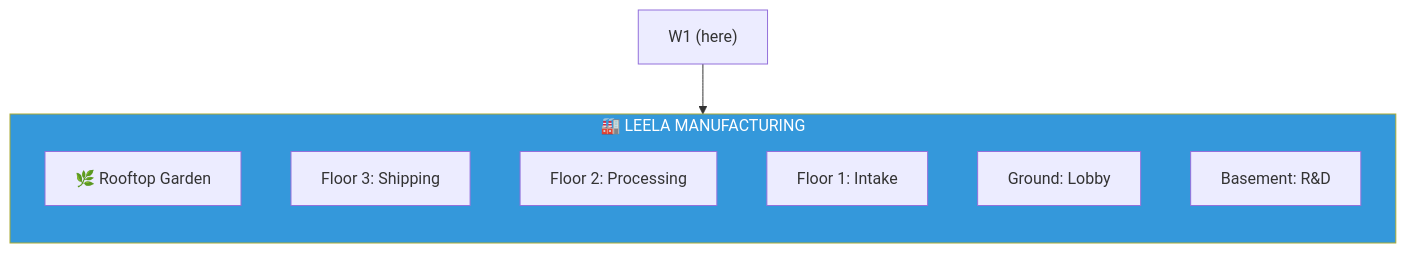
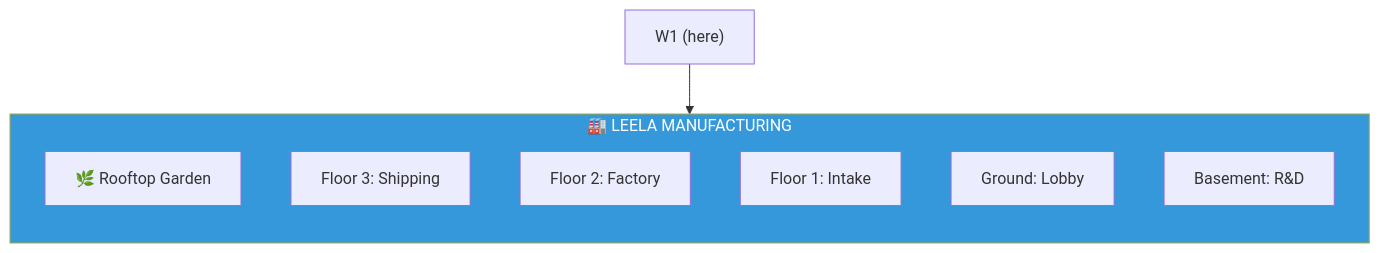
One commit to SimHacker/moollm changed the second of 2 diagrams in examples/adventure-4/street/lane-neverending/w1/README.md. Above: the diagram before and after it, drawn with Mermaid. The commit also changed 15 other files, not shown here.

First line of the commit message:
Fix Floor 2 name: Processing Floor → Factory Floor

````diff
--- a/examples/adventure-4/street/lane-neverending/w1/README.md
+++ b/examples/adventure-4/street/lane-neverending/w1/README.md
@@ -26,16 +26,16 @@
 ```mermaid
 flowchart TB
     subgraph Leela["🏭 LEELA MANUFACTURING"]
         direction TB
         Roof["🌿 Rooftop Garden"]
         F3["Floor 3: Shipping"]
-        F2["Floor 2: Processing"]
+        F2["Floor 2: Factory"]
         F1["Floor 1: Intake"]
         Lobby["Ground: Lobby"]
         Basement["Basement: R&D"]
     end
     
     Street["W1 (here)"] --> Lobby
 
     style Leela fill:#3498db,color:#fff
 ```
````
